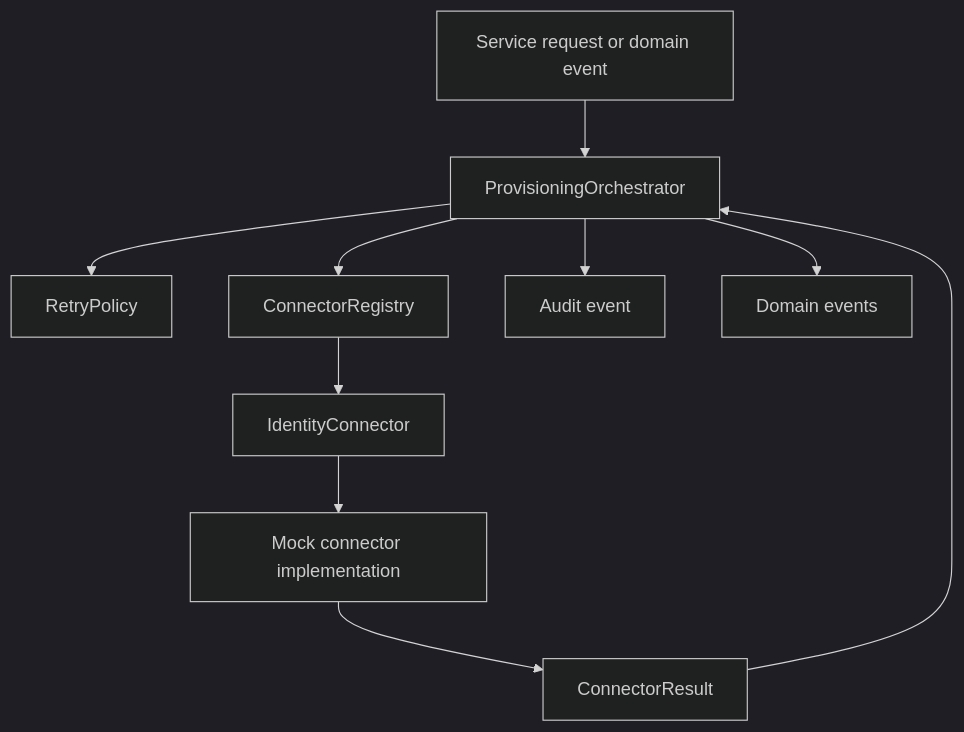
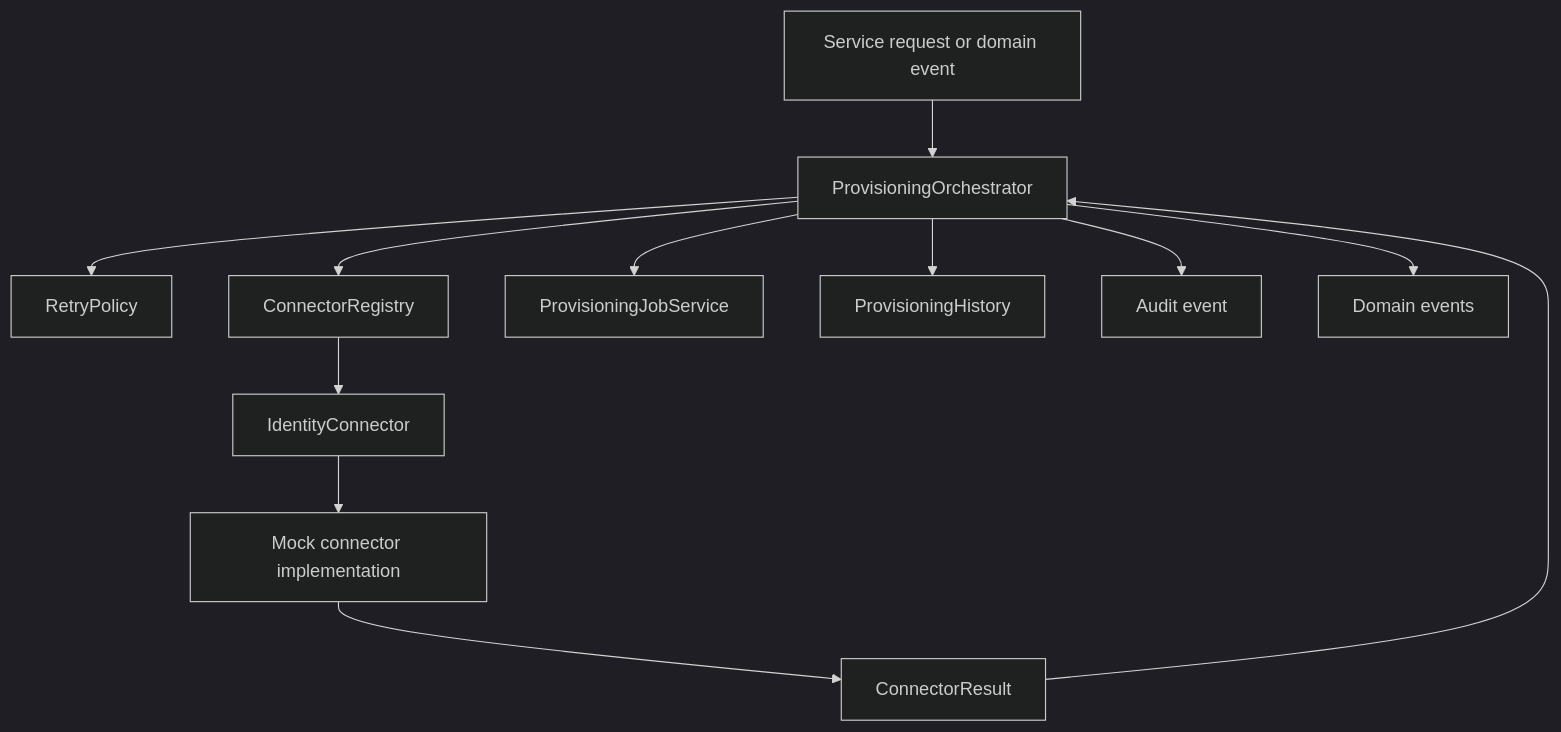
The first of 3 diagrams in docs/connectors.md (happelj/accessiq), drawn with Mermaid (dark theme) before and after one commit. The commit also changed other lines of this file and 14 other files, not shown here.

Commit message:
Add provisioning job engine

````diff
--- a/docs/connectors.md
+++ b/docs/connectors.md
@@ -7,22 +7,26 @@
 ```mermaid
 flowchart TD
     Source["Service request or domain event"]
     Orchestrator["ProvisioningOrchestrator"]
     Retry["RetryPolicy"]
     Registry["ConnectorRegistry"]
+    Jobs["ProvisioningJobService"]
     Interface["IdentityConnector"]
     Mock["Mock connector implementation"]
     Result["ConnectorResult"]
+    History["ProvisioningHistory"]
     Audit["Audit event"]
     Events["Domain events"]
 
     Source --> Orchestrator
     Orchestrator --> Retry
+    Orchestrator --> Jobs
     Orchestrator --> Registry
     Registry --> Interface
     Interface --> Mock
     Mock --> Result
     Result --> Orchestrator
+    Orchestrator --> History
     Orchestrator --> Audit
     Orchestrator --> Events
 ```
````
